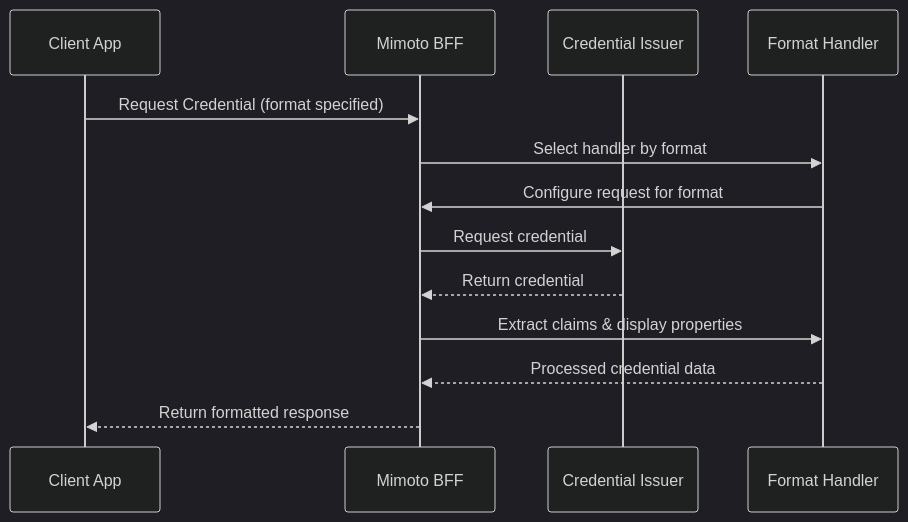
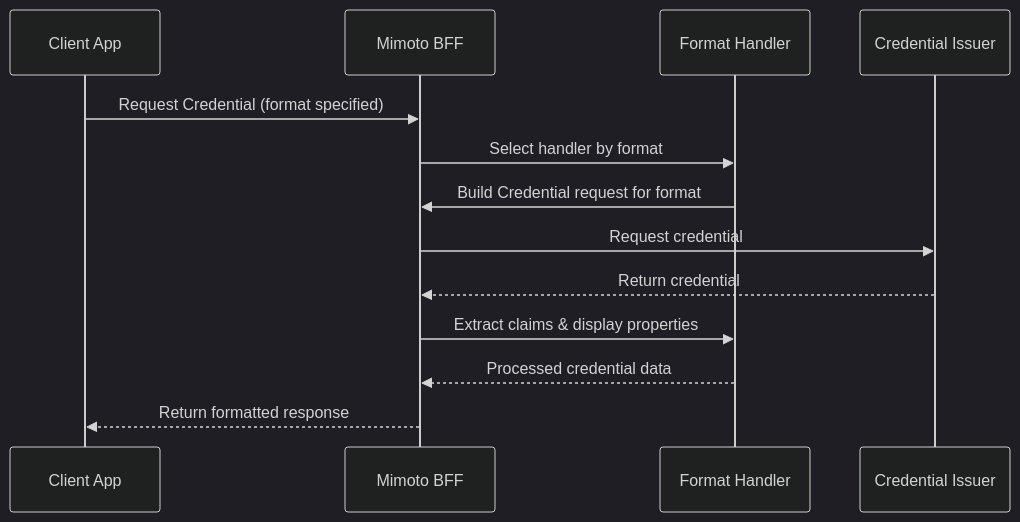
The first of 2 diagrams in docs/VCFormatExtension.md (mosip/mimoto), drawn with Mermaid (dark theme) before and after one commit. The commit also changed other lines of this file, not shown here.

````diff
--- a/docs/VCFormatExtension.md
+++ b/docs/VCFormatExtension.md
@@ -15,16 +15,17 @@
 ```mermaid
 sequenceDiagram
     participant User as Client App
     participant Mimoto as Mimoto BFF
+    participant Handler as Format Handler
     participant Issuer as Credential Issuer
-    participant Handler as Format Handler
+    
 
     User->>Mimoto: Request Credential (format specified)
     Mimoto->>Handler: Select handler by format
-    Handler->>Mimoto: Configure request for format
+    Handler->>Mimoto: Build Credential request for format
     Mimoto->>Issuer: Request credential
     Issuer-->>Mimoto: Return credential
     Mimoto->>Handler: Extract claims & display properties
     Handler-->>Mimoto: Processed credential data
     Mimoto-->>User: Return formatted response
 ```
````
